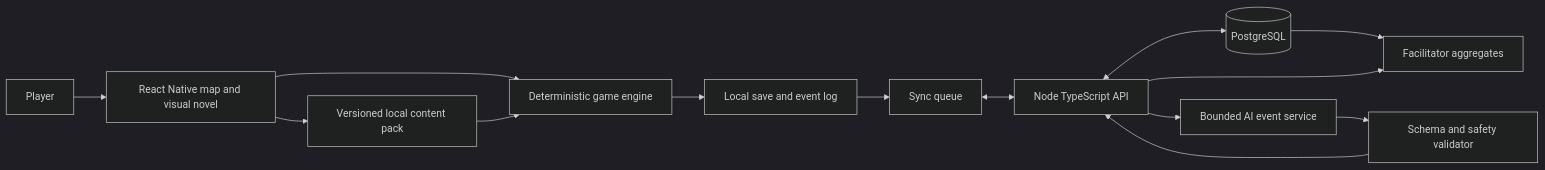
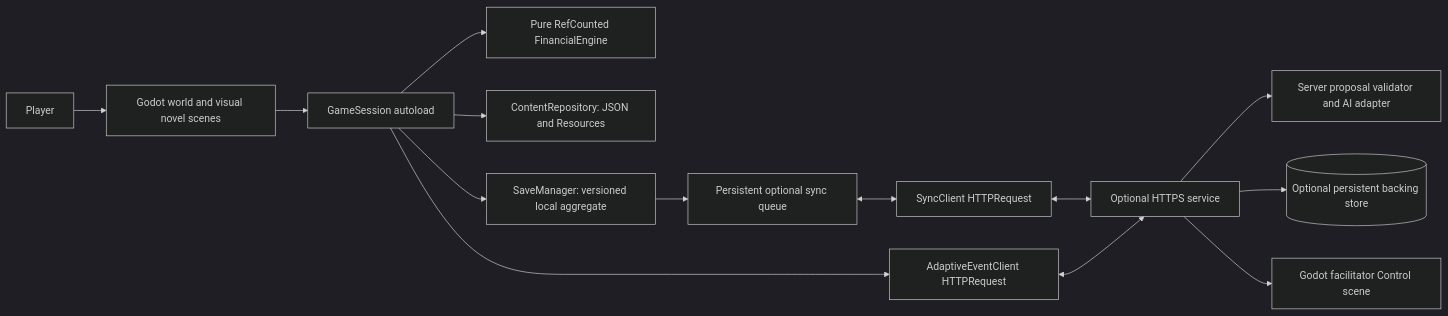
The diagram in architecture.md (monabji/Pocket-town), drawn with Mermaid (dark theme) before and after one commit. The commit also changed other lines of this file and 17 other files, not shown here.

````diff
--- a/architecture.md
+++ b/architecture.md
@@ -13,16 +11,16 @@
 ```mermaid
 flowchart LR
-    P[Player] --> UI[React Native map and visual novel]
-    UI --> E[Deterministic game engine]
-    UI --> C[Versioned local content pack]
-    E --> L[Local save and event log]
-    C --> E
-    L --> S[Sync queue]
-    S <--> API[Node TypeScript API]
-    API <--> DB[(PostgreSQL)]
-    API --> A[Bounded AI event service]
-    A --> V[Schema and safety validator]
-    V --> API
-    DB --> F[Facilitator aggregates]
-    API --> F
+    P[Player] --> W[Godot world and visual novel scenes]
+    W --> G[GameSession autoload]
+    G --> E[Pure RefCounted FinancialEngine]
+    G --> C[ContentRepository: JSON and Resources]
+    G --> S[SaveManager: versioned local aggregate]
+    S --> Q[Persistent optional sync queue]
+    Q <--> H[SyncClient HTTPRequest]
+    G --> A[AdaptiveEventClient HTTPRequest]
+    H <--> API[Optional HTTPS service]
+    A <--> API
+    API --> V[Server proposal validator and AI adapter]
+    API --> DB[(Optional persistent backing store)]
+    API --> F[Godot facilitator Control scene]
 ```
````
